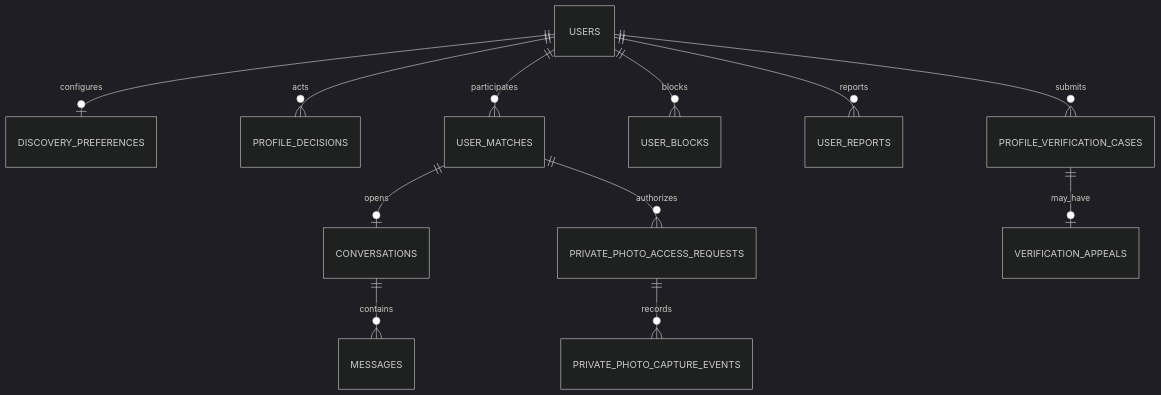
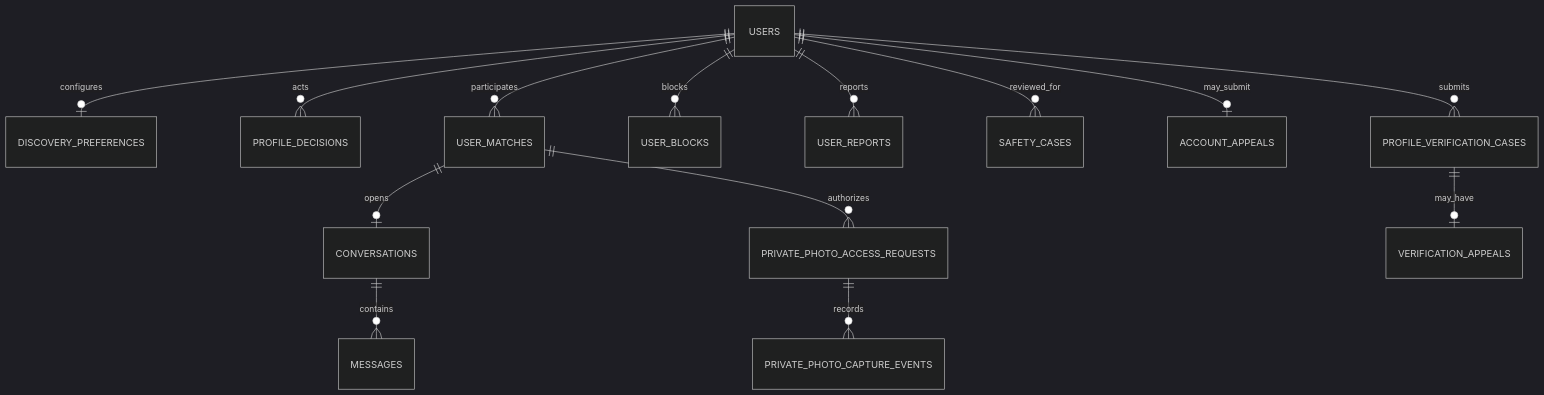
One commit to ahtesham2k01/soul-backend changed the second of 3 diagrams in docs/DATABASE_DESIGN.md. Above: the diagram before and after it, drawn with Mermaid (dark theme). The commit also changed other lines of this file and 63 other files, not shown here.

Commit message:
Complete safety moderation and account appeals

````diff
--- a/docs/DATABASE_DESIGN.md
+++ b/docs/DATABASE_DESIGN.md
@@ -34,14 +34,16 @@
 ```mermaid
 erDiagram
     USERS ||--o| DISCOVERY_PREFERENCES : configures
     USERS ||--o{ PROFILE_DECISIONS : acts
     USERS ||--o{ USER_MATCHES : participates
     USER_MATCHES ||--o| CONVERSATIONS : opens
     USER_MATCHES ||--o{ PRIVATE_PHOTO_ACCESS_REQUESTS : authorizes
     PRIVATE_PHOTO_ACCESS_REQUESTS ||--o{ PRIVATE_PHOTO_CAPTURE_EVENTS : records
     CONVERSATIONS ||--o{ MESSAGES : contains
     USERS ||--o{ USER_BLOCKS : blocks
     USERS ||--o{ USER_REPORTS : reports
+    USERS ||--o{ SAFETY_CASES : reviewed_for
+    USERS ||--o| ACCOUNT_APPEALS : may_submit
     USERS ||--o{ PROFILE_VERIFICATION_CASES : submits
     PROFILE_VERIFICATION_CASES ||--o| VERIFICATION_APPEALS : may_have
 ```
````
